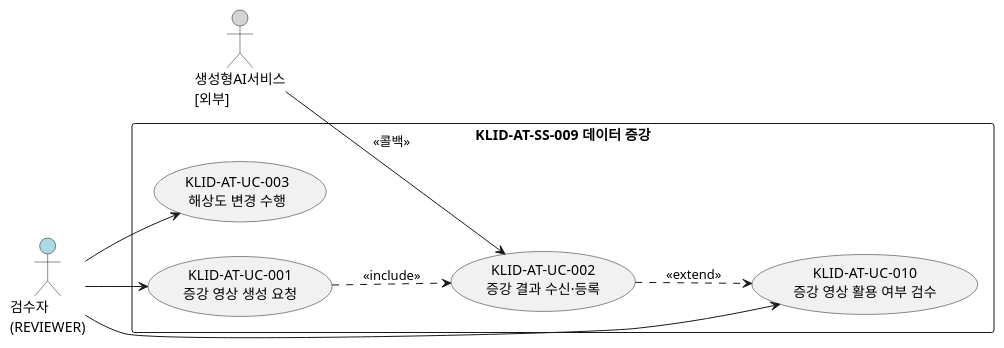
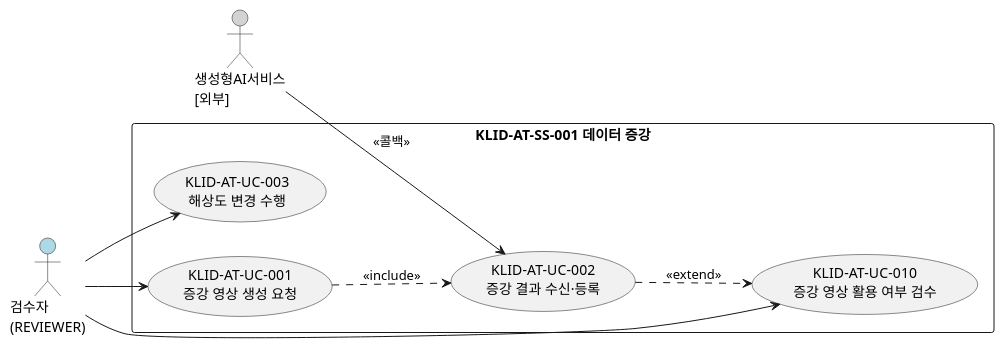
One commit to New-stella/klid-label changed the first of 4 diagrams in docs/design/R2-유스케이스명세서.md. Above: the diagram before and after it, drawn with PlantUML. The commit also changed other lines of this file, not shown here.

````diff
--- a/docs/design/R2-유스케이스명세서.md
+++ b/docs/design/R2-유스케이스명세서.md
@@ -53,23 +49,23 @@
 ```plantuml
 @startuml KLID-AT-UCD-001
 left to right direction
 skinparam packageStyle rectangle
 
 actor "검수자\n(REVIEWER)" as REVIEWER #LightBlue
 actor "생성형AI서비스\n[외부]" as AI #LightGray
 
-rectangle "KLID-AT-SS-009 데이터 증강" {
+rectangle "KLID-AT-SS-001 데이터 증강" {
   usecase "KLID-AT-UC-001\n증강 영상 생성 요청" as UC001
   usecase "KLID-AT-UC-002\n증강 결과 수신·등록" as UC002
   usecase "KLID-AT-UC-003\n해상도 변경 수행" as UC003
   usecase "KLID-AT-UC-010\n증강 영상 활용 여부 검수" as UC010
 }
 
 REVIEWER --> UC001
 REVIEWER --> UC003
 REVIEWER --> UC010
 AI --> UC002 : <<콜백>>
 UC001 ..> UC002 : <<include>>
 UC002 ..> UC010 : <<extend>>
 @enduml
 ```
````
